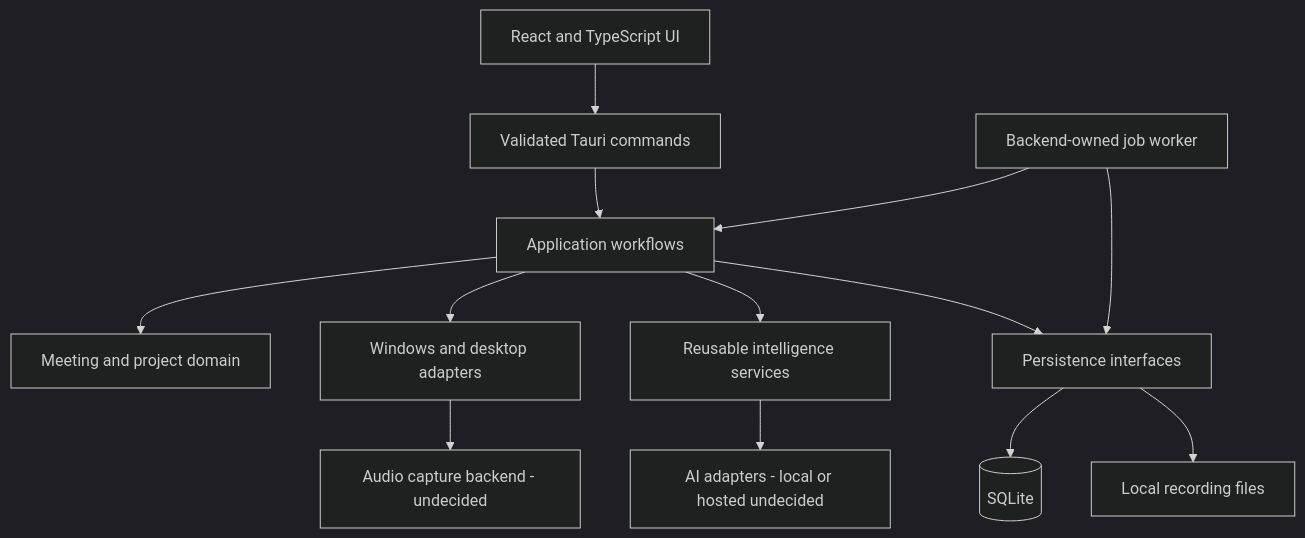
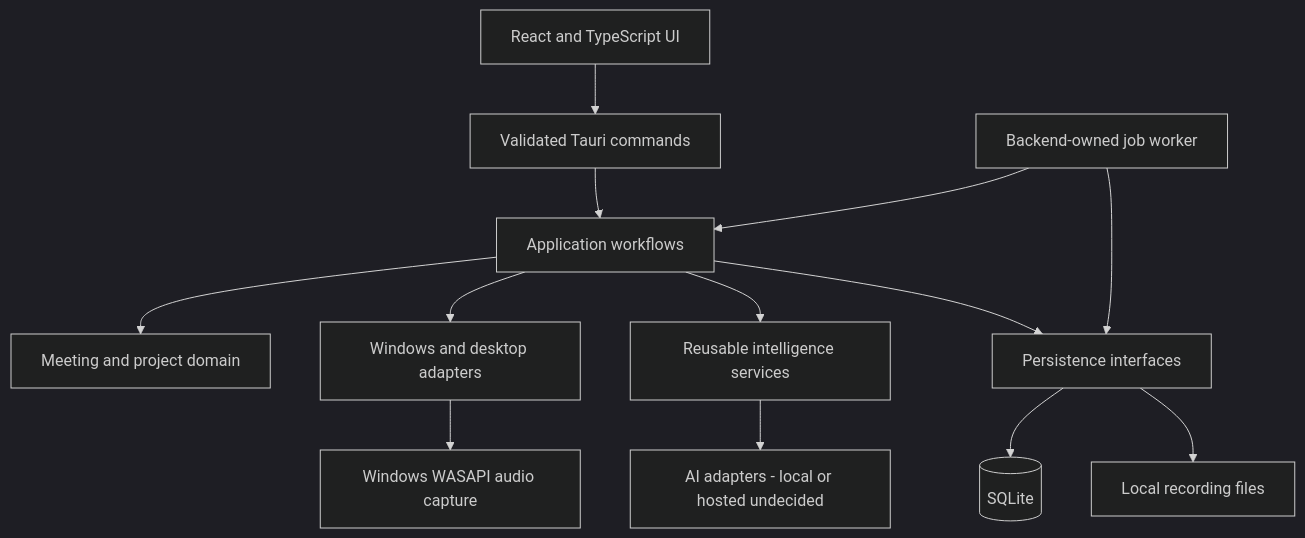
One commit to Shahd3/meeting-intelligence-workspace changed the first of 3 diagrams in docs/ARCHITECTURE.md. Above: the diagram before and after it, drawn with Mermaid (dark theme). The commit also changed other lines of this file and 43 other files, not shown here.

````diff
--- a/docs/ARCHITECTURE.md
+++ b/docs/ARCHITECTURE.md
@@ -51,15 +51,15 @@
 ```mermaid
 flowchart TD
     UI[React and TypeScript UI] --> IPC[Validated Tauri commands]
     IPC --> WF[Application workflows]
     WF --> DOMAIN[Meeting and project domain]
     WF --> DESKTOP[Windows and desktop adapters]
     WF --> INTEL[Reusable intelligence services]
     WF --> REPO[Persistence interfaces]
     WORKER[Backend-owned job worker] --> WF
     WORKER --> REPO
-    DESKTOP --> AUDIO[Audio capture backend - undecided]
+    DESKTOP --> AUDIO[Windows WASAPI audio capture]
     REPO --> DB[(SQLite)]
     REPO --> FILES[Local recording files]
     INTEL --> PROVIDER[AI adapters - local or hosted undecided]
 ```
````
